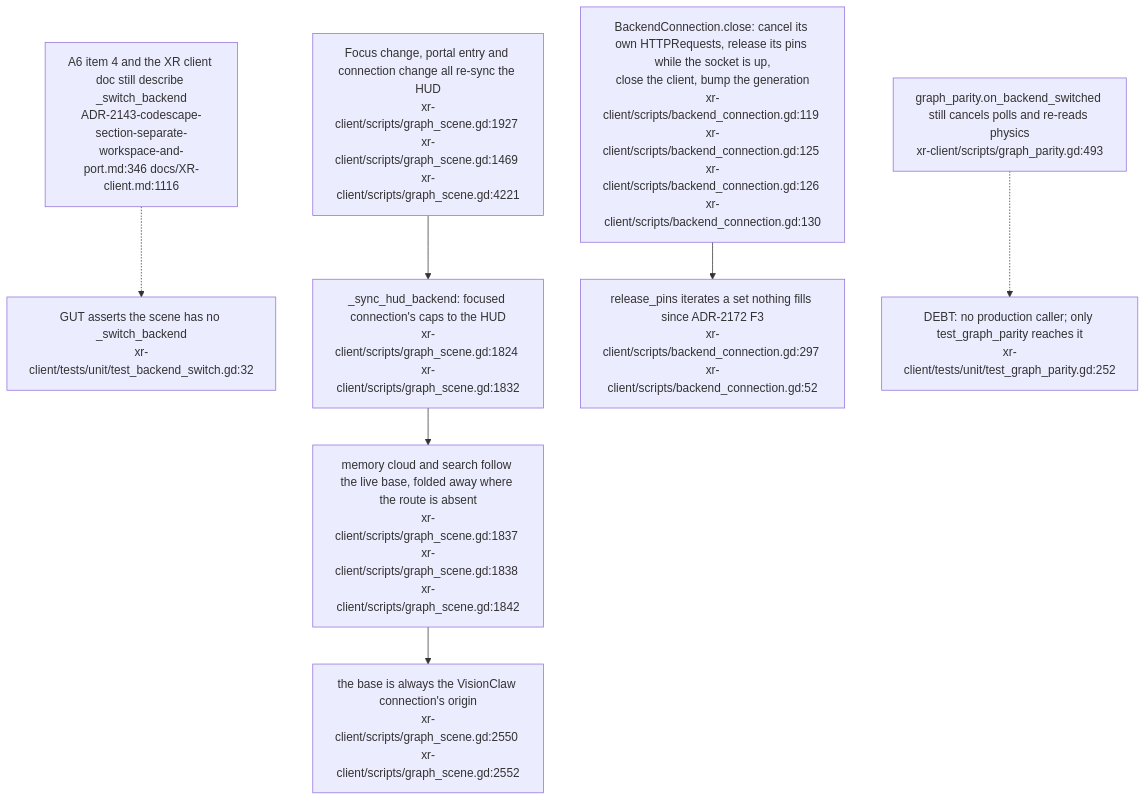
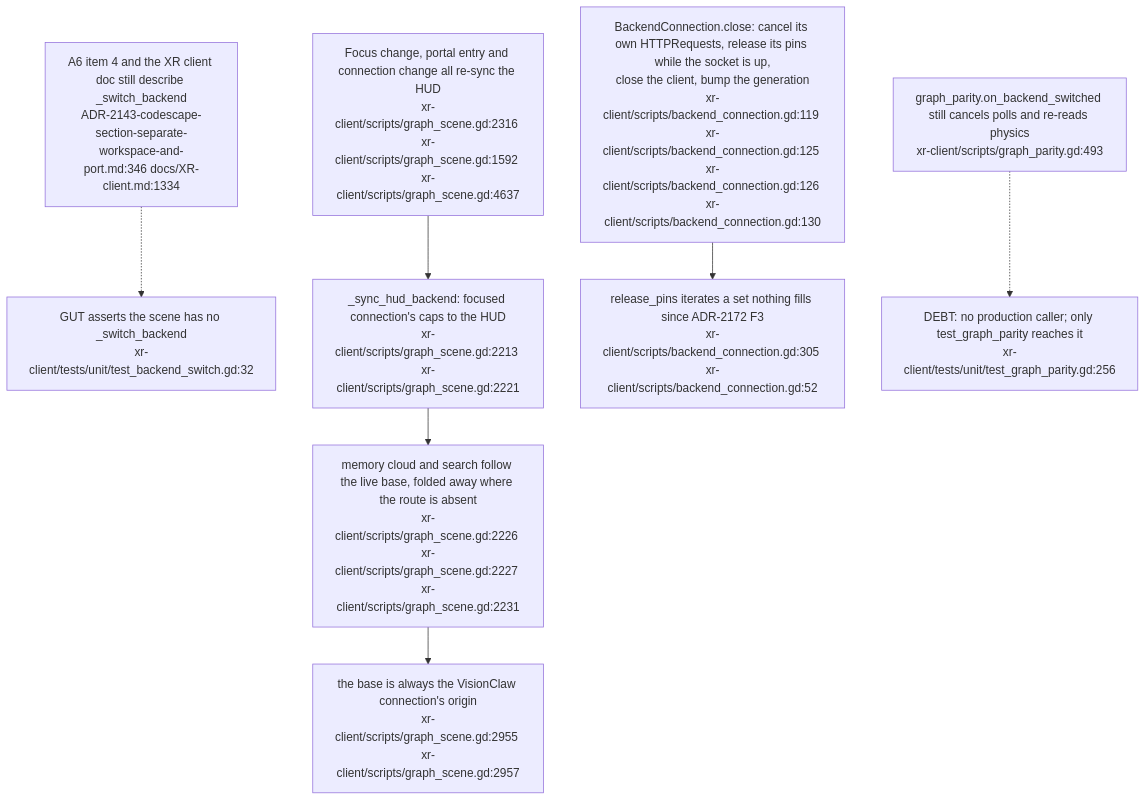
One commit to DreamLab-AI/VisionFlow changed the second of 3 diagrams in docs/diagrams/visionclaw/40-xr-two-backends-capability-gating.md. Above: the diagram before and after it, drawn with Mermaid. The commit also changed other lines of this file and 56 other files, not shown here.

First line of the commit message:
docs(diagrams): re-verify VisionClaw topics at ec785afa9, add VC-19/56/57 and the VisionClaw register

````diff
--- a/docs/diagrams/visionclaw/40-xr-two-backends-capability-gating.md
+++ b/docs/diagrams/visionclaw/40-xr-two-backends-capability-gating.md
@@ -85,12 +88,12 @@
 ```mermaid
 flowchart TD
     GONE["GUT asserts the scene has no _switch_backend<br/>xr-client/tests/unit/test_backend_switch.gd:32"]
-    FOCUS["Focus change, portal entry and connection change all re-sync the HUD<br/>xr-client/scripts/graph_scene.gd:1927 xr-client/scripts/graph_scene.gd:1469 xr-client/scripts/graph_scene.gd:4221"] --> SYNC["_sync_hud_backend: focused connection's caps to the HUD<br/>xr-client/scripts/graph_scene.gd:1824 xr-client/scripts/graph_scene.gd:1832"]
-    SYNC --> MEM["memory cloud and search follow the live base, folded away where the route is absent<br/>xr-client/scripts/graph_scene.gd:1837 xr-client/scripts/graph_scene.gd:1838 xr-client/scripts/graph_scene.gd:1842"]
-    MEM --> BASE["the base is always the VisionClaw connection's origin<br/>xr-client/scripts/graph_scene.gd:2550 xr-client/scripts/graph_scene.gd:2552"]
+    FOCUS["Focus change, portal entry and connection change all re-sync the HUD<br/>xr-client/scripts/graph_scene.gd:2316 xr-client/scripts/graph_scene.gd:1592 xr-client/scripts/graph_scene.gd:4637"] --> SYNC["_sync_hud_backend: focused connection's caps to the HUD<br/>xr-client/scripts/graph_scene.gd:2213 xr-client/scripts/graph_scene.gd:2221"]
+    SYNC --> MEM["memory cloud and search follow the live base, folded away where the route is absent<br/>xr-client/scripts/graph_scene.gd:2226 xr-client/scripts/graph_scene.gd:2227 xr-client/scripts/graph_scene.gd:2231"]
+    MEM --> BASE["the base is always the VisionClaw connection's origin<br/>xr-client/scripts/graph_scene.gd:2955 xr-client/scripts/graph_scene.gd:2957"]
     CLOSE["BackendConnection.close: cancel its own HTTPRequests, release its pins while the socket is up,<br/>close the client, bump the generation<br/>xr-client/scripts/backend_connection.gd:119 xr-client/scripts/backend_connection.gd:125 xr-client/scripts/backend_connection.gd:126 xr-client/scripts/backend_connection.gd:130"]
-    PINS["release_pins iterates a set nothing fills since ADR-2172 F3<br/>xr-client/scripts/backend_connection.gd:297 xr-client/scripts/backend_connection.gd:52"]
+    PINS["release_pins iterates a set nothing fills since ADR-2172 F3<br/>xr-client/scripts/backend_connection.gd:305 xr-client/scripts/backend_connection.gd:52"]
     CLOSE --> PINS
-    PAR["graph_parity.on_backend_switched still cancels polls and re-reads physics<br/>xr-client/scripts/graph_parity.gd:493"] -.-> DEBT["DEBT: no production caller; only test_graph_parity reaches it<br/>xr-client/tests/unit/test_graph_parity.gd:252"]
-    DOC["A6 item 4 and the XR client doc still describe _switch_backend<br/>ADR-2143-codescape-section-separate-workspace-and-port.md:346 docs/XR-client.md:1116"] -.-> GONE
+    PAR["graph_parity.on_backend_switched still cancels polls and re-reads physics<br/>xr-client/scripts/graph_parity.gd:493"] -.-> DEBT["DEBT: no production caller; only test_graph_parity reaches it<br/>xr-client/tests/unit/test_graph_parity.gd:256"]
+    DOC["A6 item 4 and the XR client doc still describe _switch_backend<br/>ADR-2143-codescape-section-separate-workspace-and-port.md:346 docs/XR-client.md:1334"] -.-> GONE
 ```
````
